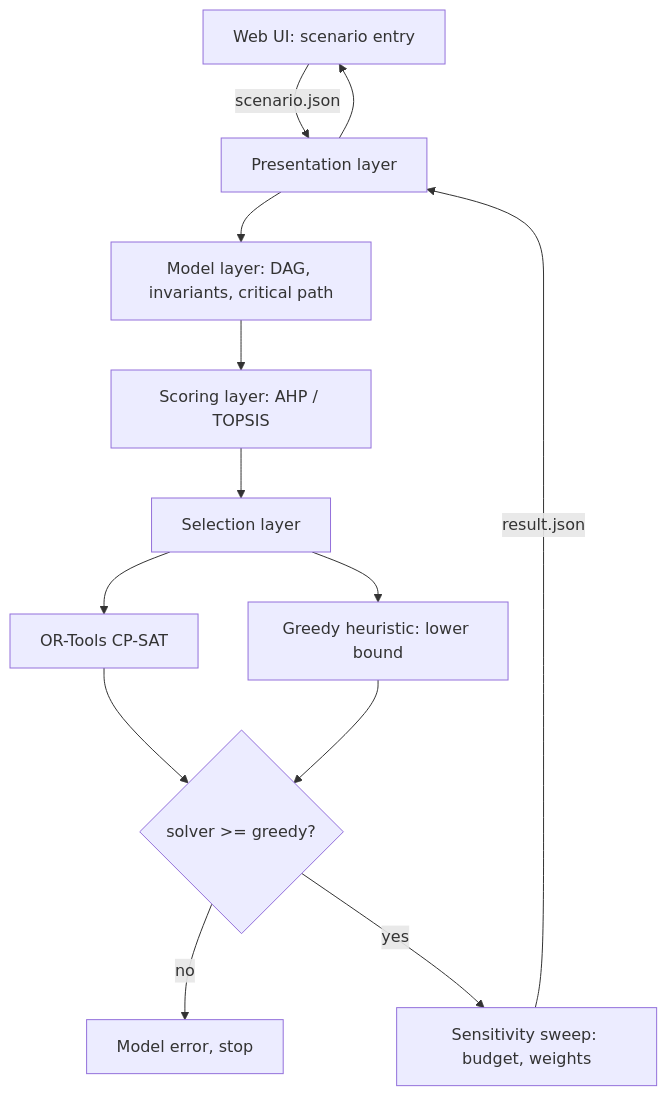
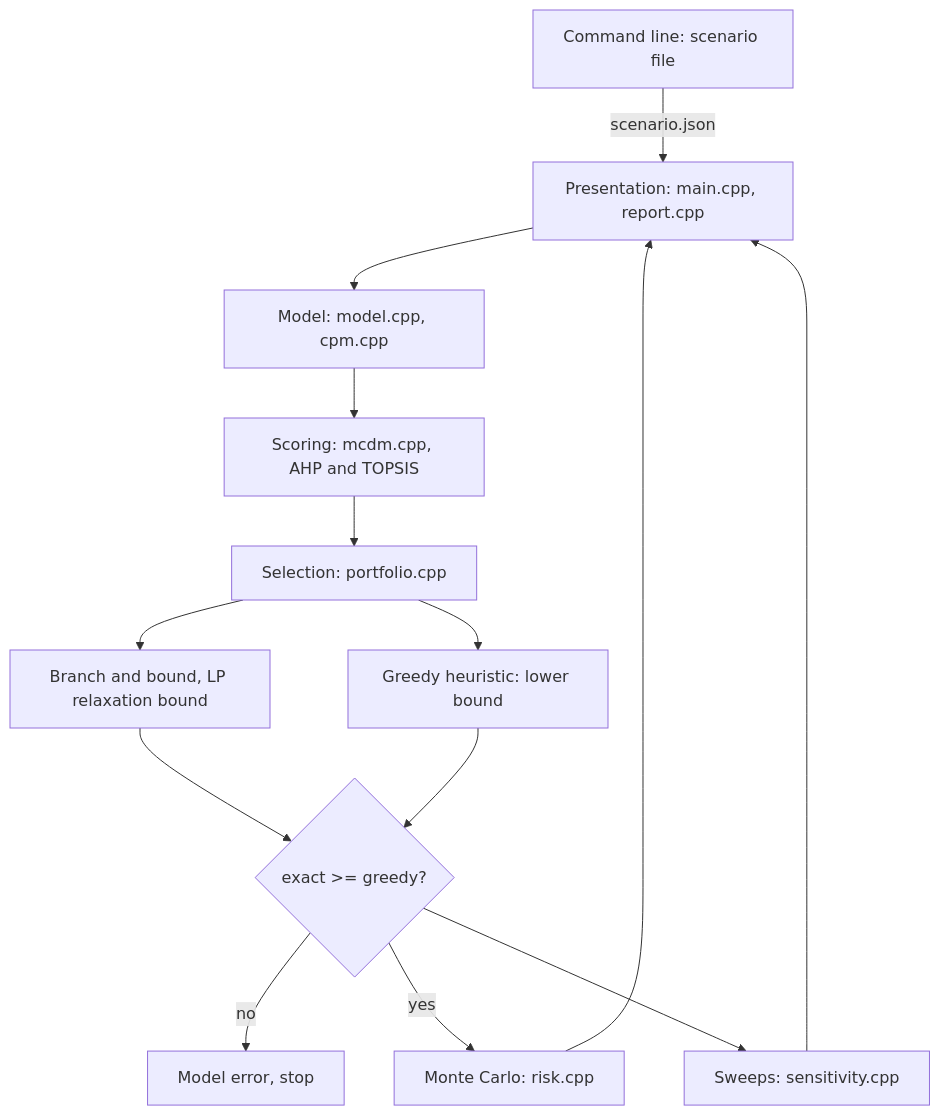
The diagram in README.md (Alex-Tsvetanov/quorum), drawn with Mermaid before and after one commit. The commit also changed other lines of this file, not shown here.

````diff
--- a/README.md
+++ b/README.md
@@ -53,15 +65,16 @@
 ```mermaid
 flowchart TD
-    UI[Web UI: scenario entry] -->|scenario.json| API[Presentation layer]
-    API --> MODEL[Model layer: DAG, invariants, critical path]
-    MODEL --> SCORE[Scoring layer: AHP / TOPSIS]
-    SCORE --> SELECT[Selection layer]
-    SELECT --> SOLVER[OR-Tools CP-SAT]
+    CLI[Command line: scenario file] -->|scenario.json| API[Presentation: main.cpp, report.cpp]
+    API --> MODEL[Model: model.cpp, cpm.cpp]
+    MODEL --> SCORE[Scoring: mcdm.cpp, AHP and TOPSIS]
+    SCORE --> SELECT[Selection: portfolio.cpp]
+    SELECT --> EXACT[Branch and bound, LP relaxation bound]
     SELECT --> GREEDY[Greedy heuristic: lower bound]
-    SOLVER --> CHECK{solver >= greedy?}
+    EXACT --> CHECK{exact >= greedy?}
     GREEDY --> CHECK
     CHECK -->|no| FAIL[Model error, stop]
-    CHECK -->|yes| SENS[Sensitivity sweep: budget, weights]
-    SENS -->|result.json| API
-    API --> UI
+    CHECK -->|yes| RISK[Monte Carlo: risk.cpp]
+    CHECK --> SENS[Sweeps: sensitivity.cpp]
+    RISK --> API
+    SENS --> API
 ```
````
